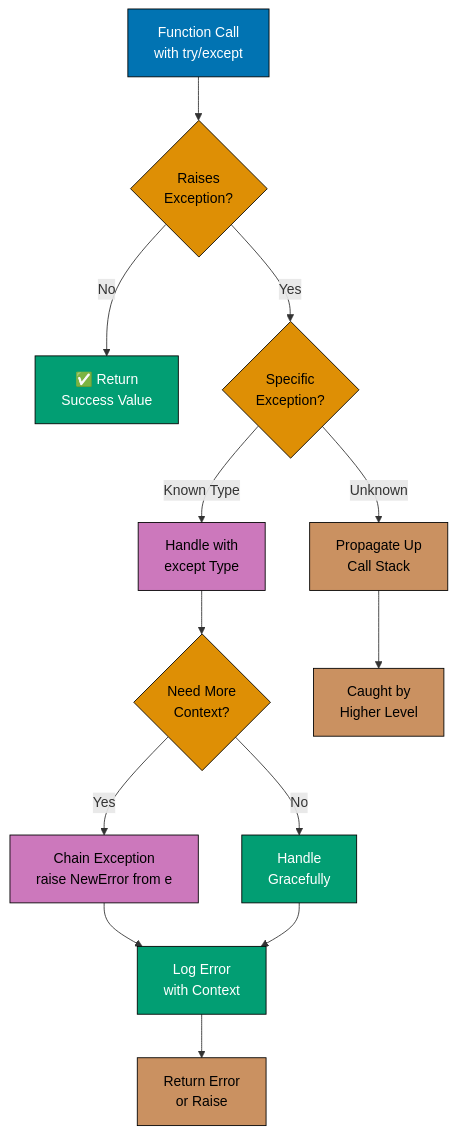
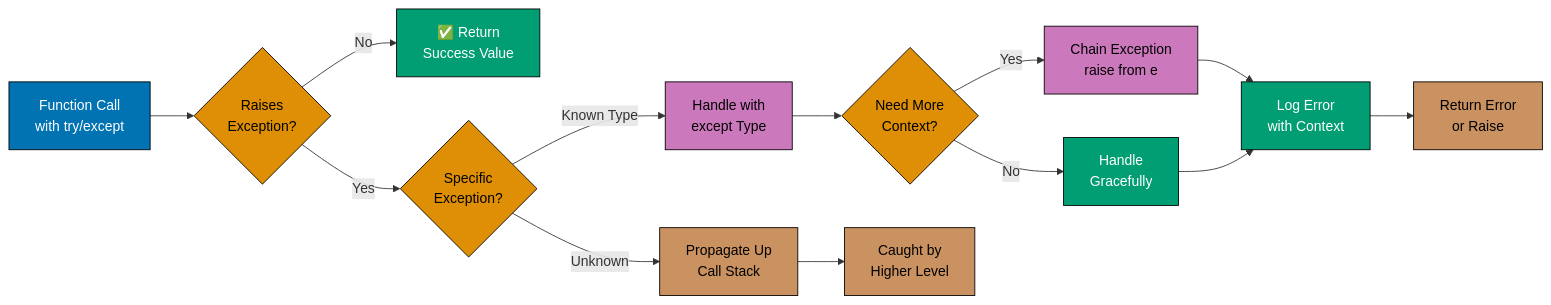
Before and after one commit to wahidyankf/open-sharia-enterprise: the second of 5 diagrams in docs/explanation/software-engineering/programming-languages/python/best-practices.md, drawn with Mermaid. The commit also changed other lines of this file and 12 other files, not shown here.

First line of the commit message:
fix(docs): fix mermaid violations in python docs

````diff
--- a/docs/explanation/software-engineering/programming-languages/python/best-practices.md
+++ b/docs/explanation/software-engineering/programming-languages/python/best-practices.md
@@ -1136,31 +1133,31 @@
 ```mermaid
 %% Color Palette: Blue #0173B2, Orange #DE8F05, Teal #029E73, Purple #CC78BC, Brown #CA9161
 %% All colors are color-blind friendly and meet WCAG AA contrast standards
 
-graph TD
-    A["Function Call<br/>with try/except"]:::blue --> B{" Raises<br/>Exception?"}:::orange
+graph LR
+    A["Function Call<br/>with try/except"]:::blue --> B{"Raises<br/>Exception?"}:::orange
 
     B -->|"No"| C["✅ Return<br/>Success Value"]:::teal
     B -->|"Yes"| D{"Specific<br/>Exception?"}:::orange
 
     D -->|"Known Type"| E["Handle with<br/>except Type"]:::purple
     D -->|"Unknown"| F["Propagate Up<br/>Call Stack"]:::brown
 
     E --> G{"Need More<br/>Context?"}:::orange
 
-    G -->|"Yes"| H["Chain Exception<br/>raise NewError from e"]:::purple
+    G -->|"Yes"| H["Chain Exception<br/>raise from e"]:::purple
     G -->|"No"| I["Handle<br/>Gracefully"]:::teal
 
     H --> J["Log Error<br/>with Context"]:::teal
     I --> J
 
     J --> K["Return Error<br/>or Raise"]:::brown
 
     F --> L["Caught by<br/>Higher Level"]:::brown
 
     classDef blue fill:#0173B2,stroke:#000,color:#fff
     classDef orange fill:#DE8F05,stroke:#000,color:#000
     classDef teal fill:#029E73,stroke:#000,color:#fff
     classDef purple fill:#CC78BC,stroke:#000,color:#000
     classDef brown fill:#CA9161,stroke:#000,color:#000
 ```
````
